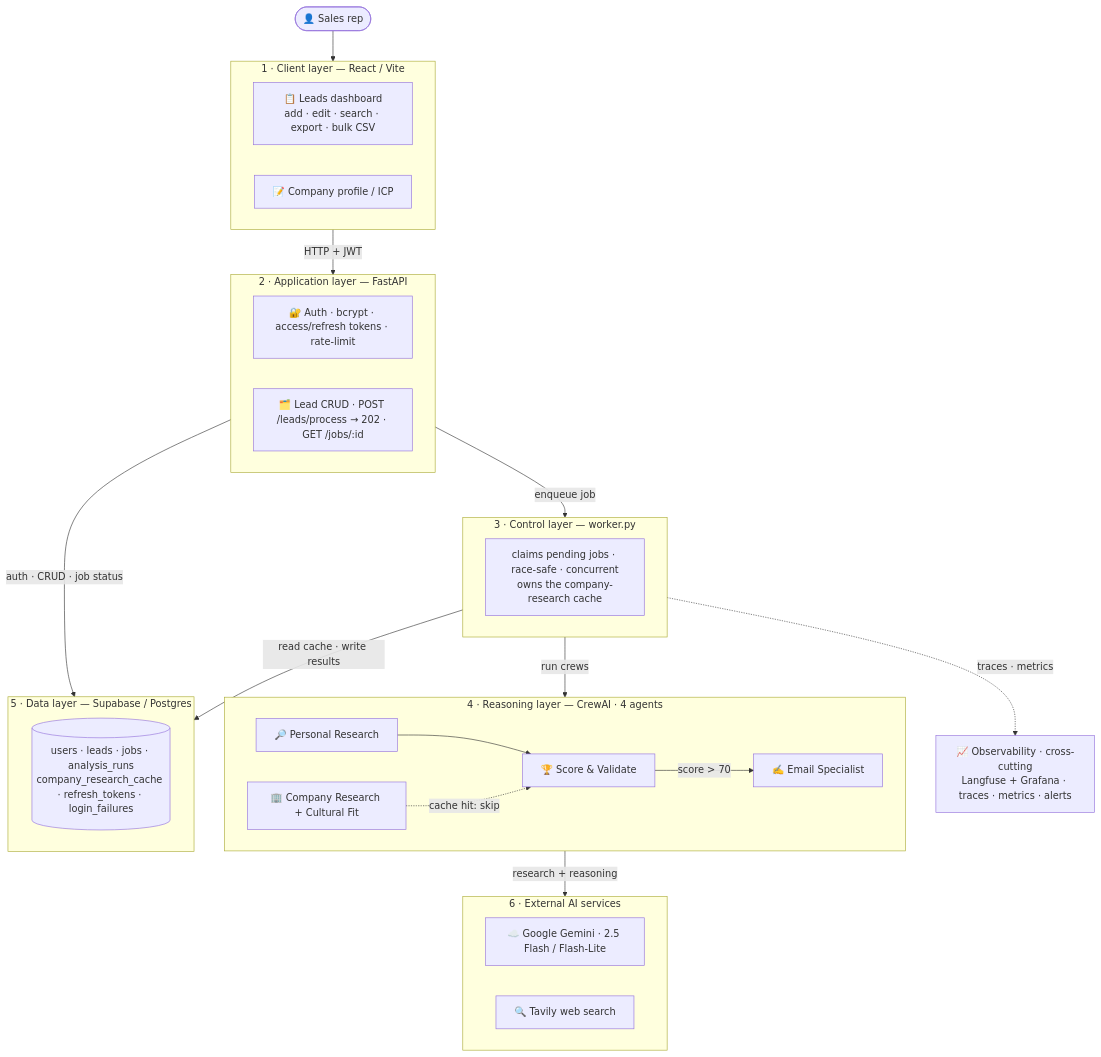
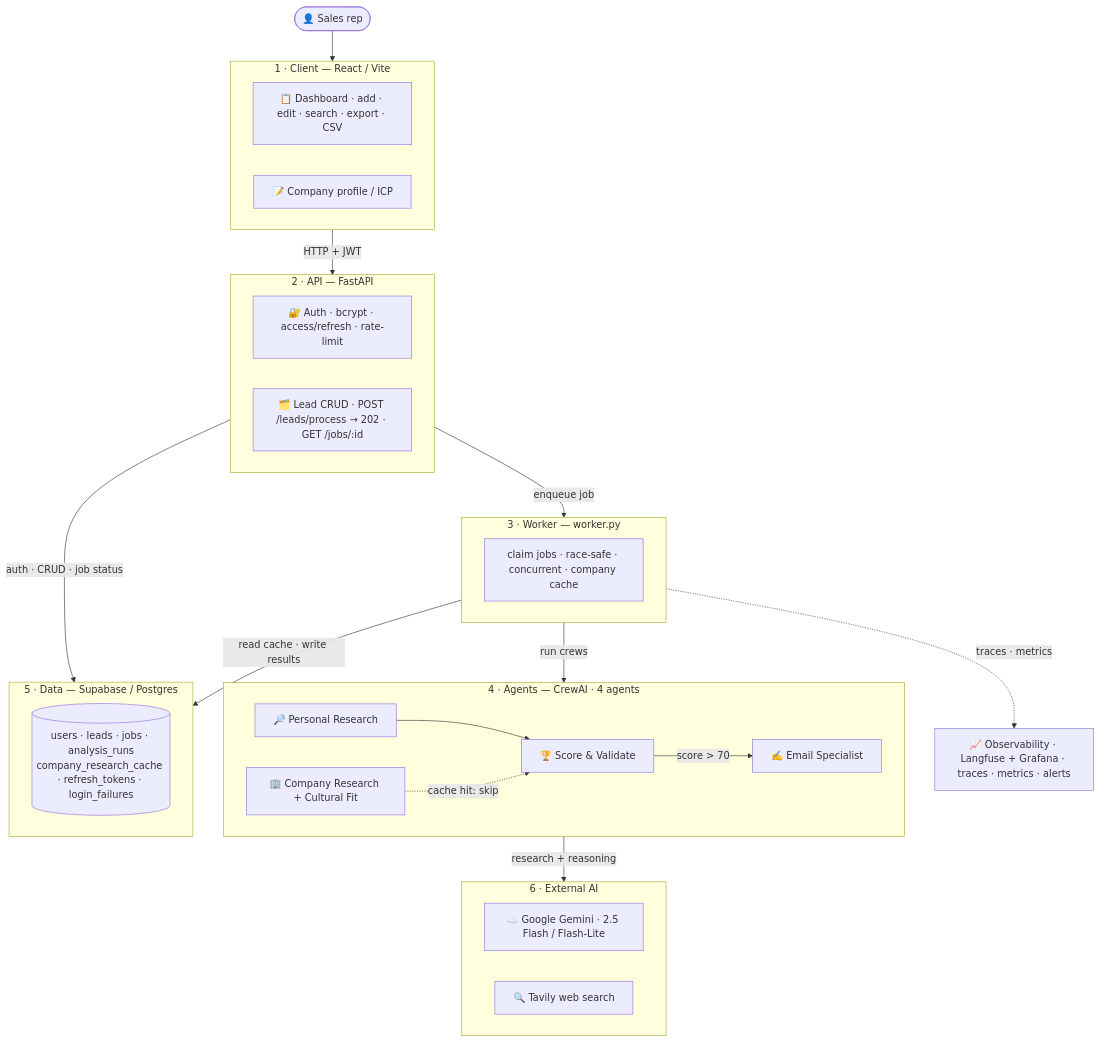
Before and after one commit to VIVPM/multi-crew-leads-dashboard: the diagram in README.md, drawn with Mermaid. The commit also changed other lines of this file, not shown here.

````diff
--- a/README.md
+++ b/README.md
@@ -35,44 +29,44 @@
 ```mermaid
 graph TD
     User(["👤 Sales rep"])
 
-    subgraph CLIENT ["1 · Client layer — React / Vite"]
-        UI["📋 Leads dashboard<br>add · edit · search · export · bulk CSV"]
+    subgraph CLIENT ["1 · Client — React / Vite"]
+        UI["📋 Dashboard · add · edit · search · export · CSV"]
         ICP["📝 Company profile / ICP"]
     end
 
-    subgraph APP ["2 · Application layer — FastAPI"]
-        Auth["🔐 Auth · bcrypt · access/refresh tokens · rate-limit"]
+    subgraph APP ["2 · API — FastAPI"]
+        Auth["🔐 Auth · bcrypt · access/refresh · rate-limit"]
         REST["🗂️ Lead CRUD · POST /leads/process → 202 · GET /jobs/:id"]
     end
 
-    subgraph CTRL ["3 · Control layer — worker.py"]
-        Claim["claims pending jobs · race-safe · concurrent<br>owns the company-research cache"]
+    subgraph CTRL ["3 · Worker — worker.py"]
+        Claim["claim jobs · race-safe · concurrent · company cache"]
     end
 
-    subgraph AI ["4 · Reasoning layer — CrewAI · 4 agents"]
+    subgraph AI ["4 · Agents — CrewAI · 4 agents"]
         A1["🔎 Personal Research"] --> A3["🏆 Score &amp; Validate"]
         A2["🏢 Company Research + Cultural Fit"] -.->|cache hit: skip| A3
         A3 -->|score &gt; 70| E1["✍️ Email Specialist"]
     end
 
-    subgraph DATA ["5 · Data layer — Supabase / Postgres"]
+    subgraph DATA ["5 · Data — Supabase / Postgres"]
         Tbls[("users · leads · jobs · analysis_runs<br>company_research_cache · refresh_tokens · login_failures")]
     end
 
-    subgraph EXT ["6 · External AI services"]
+    subgraph EXT ["6 · External AI"]
         LLM["☁️ Google Gemini · 2.5 Flash / Flash-Lite"]
         Tavily["🔍 Tavily web search"]
     end
 
-    OBS["📈 Observability · cross-cutting<br>Langfuse + Grafana · traces · metrics · alerts"]
+    OBS["📈 Observability · Langfuse + Grafana · traces · metrics · alerts"]
 
     User --> CLIENT
     CLIENT -->|HTTP + JWT| APP
     APP -->|auth · CRUD · job status| DATA
     APP -->|enqueue job| CTRL
     CTRL -->|run crews| AI
     AI -->|research + reasoning| EXT
     CTRL -->|read cache · write results| DATA
     CTRL -.->|traces · metrics| OBS
 ```
````
